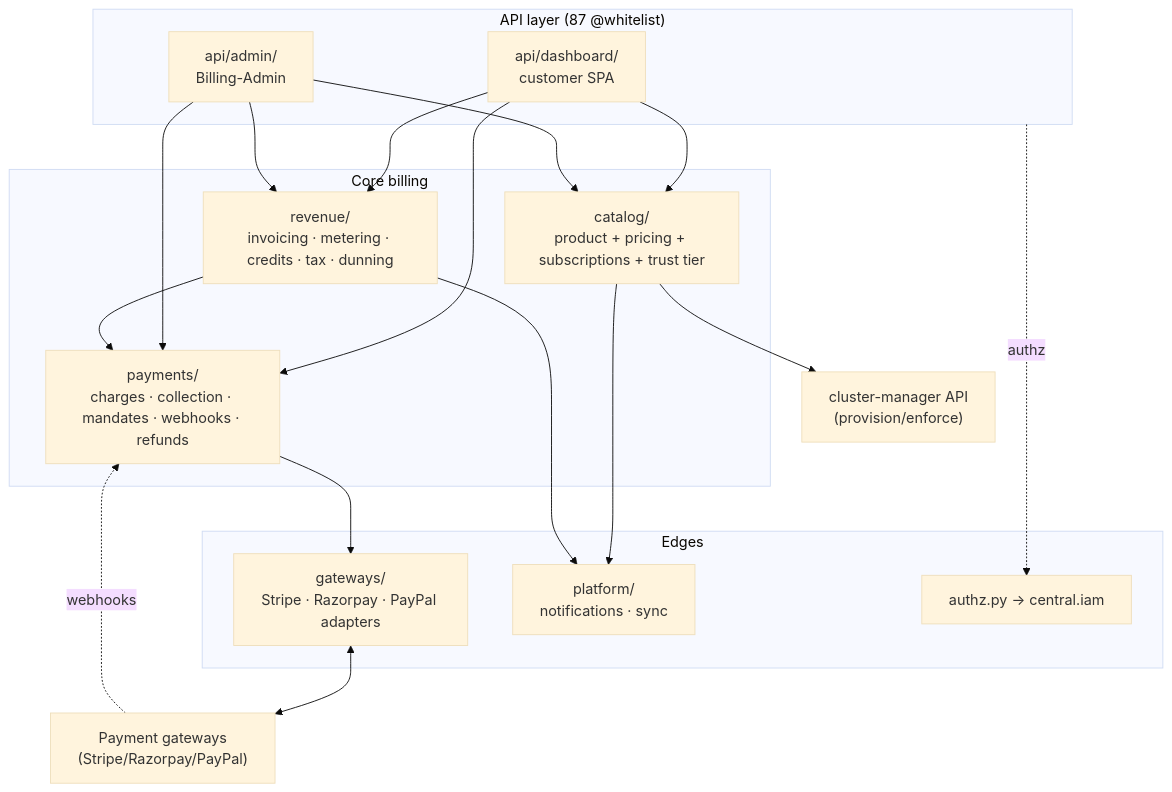
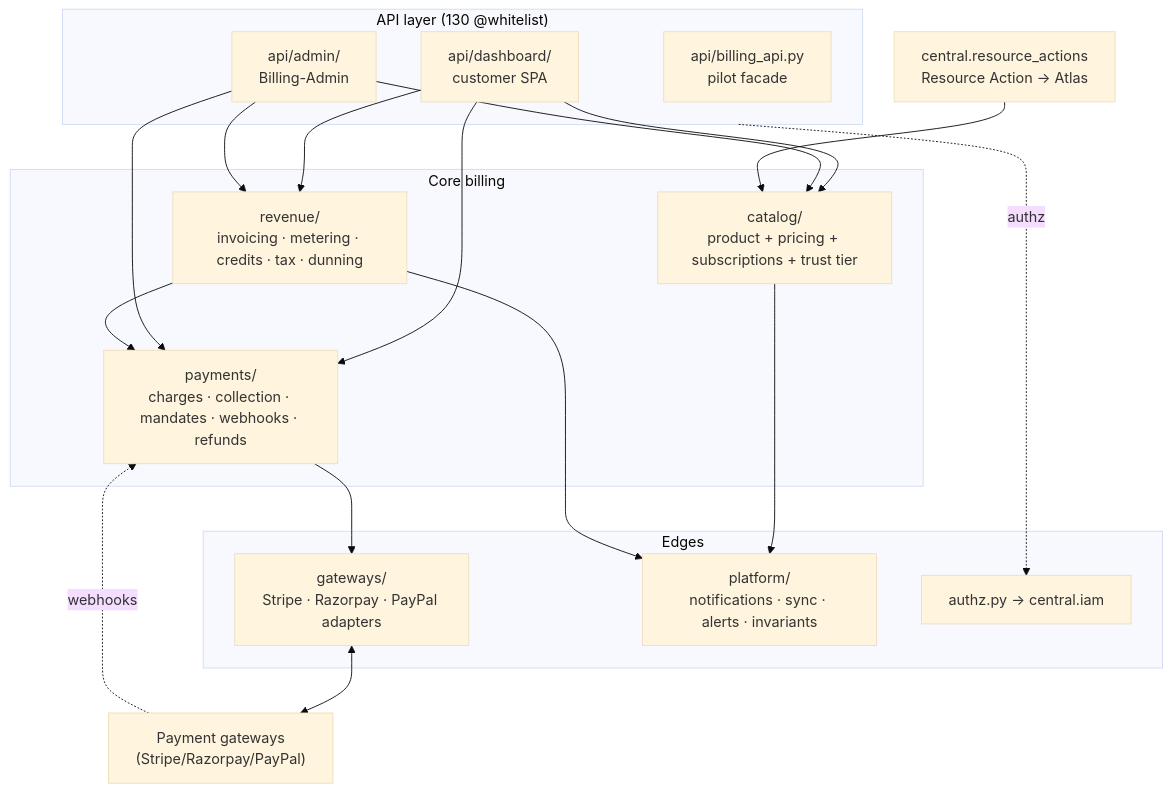
One commit to frappe/central changed the first of 8 diagrams in central/billing/ARCHITECTURE.md. Above: the diagram before and after it, drawn with Mermaid (base theme). The commit also changed other lines of this file and 4 other files, not shown here.

````diff
--- a/central/billing/ARCHITECTURE.md
+++ b/central/billing/ARCHITECTURE.md
@@ -25,29 +25,30 @@
 ```mermaid
 flowchart TD
-    subgraph API["API layer (87 @whitelist)"]
+    subgraph API["API layer (130 @whitelist)"]
         DASH["api/dashboard/<br/>customer SPA"]
         ADMIN["api/admin/<br/>Billing-Admin"]
+        PILOT["api/billing_api.py<br/>pilot facade"]
     end
     subgraph CORE["Core billing"]
         CAT["catalog/<br/>product + pricing + subscriptions + trust tier"]
         REV["revenue/<br/>invoicing · metering · credits · tax · dunning"]
         PAY["payments/<br/>charges · collection · mandates · webhooks · refunds"]
     end
     subgraph EDGE["Edges"]
         GW["gateways/<br/>Stripe · Razorpay · PayPal adapters"]
-        PLAT["platform/<br/>notifications · sync"]
+        PLAT["platform/<br/>notifications · sync · alerts · invariants"]
         AUTHZ["authz.py → central.iam"]
     end
     EXT["Payment gateways<br/>(Stripe/Razorpay/PayPal)"]
-    CM["cluster-manager API<br/>(provision/enforce)"]
+    RA["central.resource_actions<br/>Resource Action → Atlas"]
 
     DASH --> CAT & REV & PAY
     ADMIN --> CAT & REV & PAY
     CAT --> PLAT
     REV --> PAY & PLAT
     PAY --> GW
     GW <--> EXT
-    CAT --> CM
+    RA --> CAT
     API -.authz.-> AUTHZ
     EXT -.webhooks.-> PAY
 ```
````
